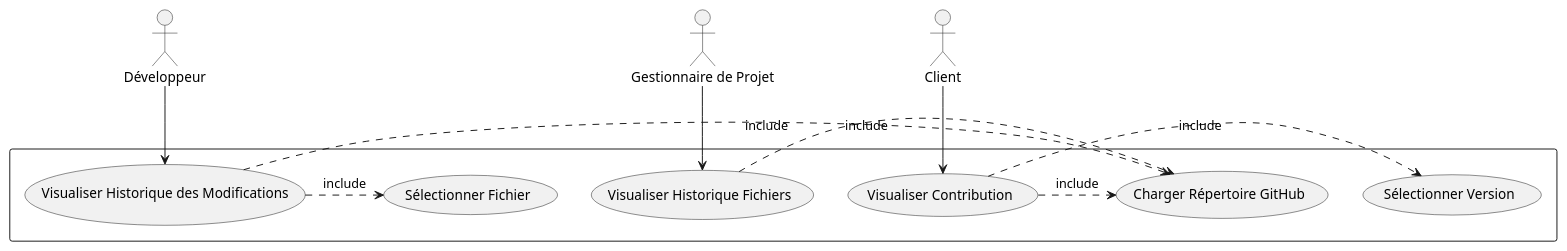
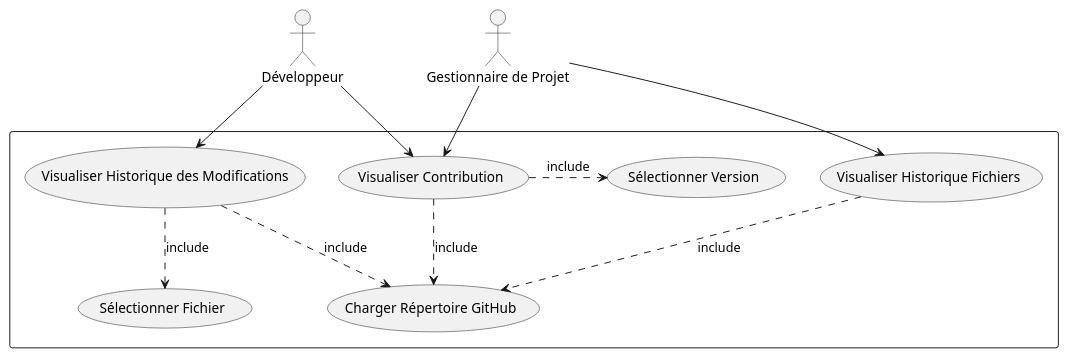
One commit to visevol/Cscope changed the diagram in Documentation/diagrammes-srs/use_case_diagram.puml. Above: the diagram before and after it, drawn with PlantUML. The commit also changed 1 other file, not shown here.

Commit message:
update diagram

```diff
--- a/Documentation/diagrammes-srs/use_case_diagram.puml
+++ b/Documentation/diagrammes-srs/use_case_diagram.puml
@@ -1,19 +1,25 @@
 @startuml PFE_use_case
 actor "Développeur" as Dev
 actor "Gestionnaire de Projet" as PM
-actor "Client" as Client
 
 rectangle {
-  Dev --> (Visualiser Historique des Modifications)
-  PM --> (Visualiser Historique Fichiers)
-  Client --> (Visualiser Contribution)
+  (Visualiser Contribution) as VC
+  (Visualiser Historique Fichiers) as VHF
+  (Visualiser Historique des Modifications) as VHM
 
-  (Visualiser Historique des Modifications) .> (Charger Répertoire GitHub) : include
-  (Visualiser Historique des Modifications) .> (Sélectionner Fichier) : include
+  Dev --> VHM
+  PM --> VHF
+  Dev --> VC
+  PM --> VC
 
-  (Visualiser Historique Fichiers) .> (Charger Répertoire GitHub) : include
+  VHM .> (Charger Répertoire GitHub) : include
+  VHM ..> (Sélectionner Fichier) : include
 
-  (Visualiser Contribution) .> (Charger Répertoire GitHub) : include
-  (Visualiser Contribution) .> (Sélectionner Version) : include
+  VHF ..> (Charger Répertoire GitHub) : include
+
+  VC ..> (Charger Répertoire GitHub) : include
+  VC .> (Sélectionner Version) : include
+
+  VHM -[hidden]right- VC
 }
 @enduml
```
